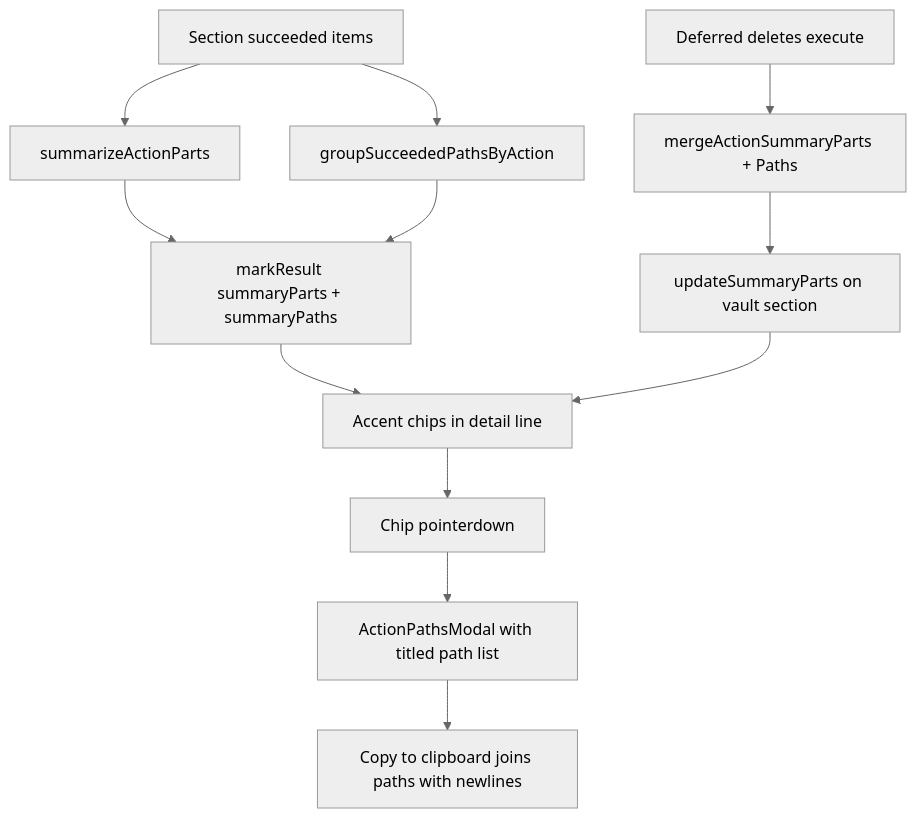
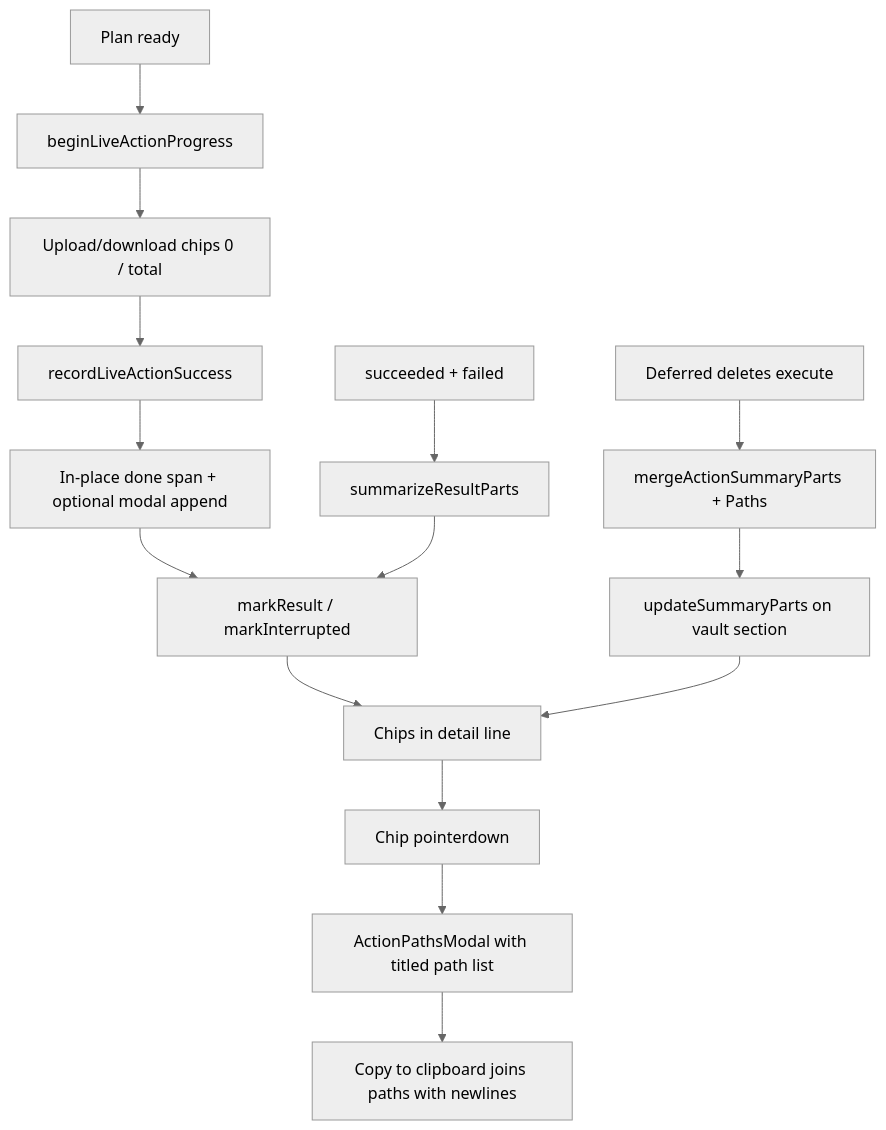
One commit to daledesilva/obsidian-dropbox-sync changed the fourth of 4 diagrams in docs/manual-sync-section-progress.md. Above: the diagram before and after it, drawn with Mermaid (neutral theme). The commit also changed other lines of this file and 20 other files, not shown here.

````diff
--- a/docs/manual-sync-section-progress.md
+++ b/docs/manual-sync-section-progress.md
@@ -77,14 +80,17 @@
 ```mermaid
 flowchart TD
-  Succeeded[Section succeeded items] --> Parts[summarizeActionParts]
-  Succeeded --> Paths[groupSucceededPathsByAction]
-  Parts --> Mark[markResult summaryParts + summaryPaths]
-  Paths --> Mark
+  Plan[Plan ready] --> BeginLive[beginLiveActionProgress]
+  BeginLive --> LiveChips[Upload/download chips 0 / total]
+  LiveChips --> Success[recordLiveActionSuccess]
+  Success --> Tick[In-place done span + optional modal append]
+  Tick --> Mark[markResult / markInterrupted]
+  Result[succeeded + failed] --> Parts[summarizeResultParts]
+  Parts --> Mark
   Deferred[Deferred deletes execute] --> Merge[mergeActionSummaryParts + Paths]
   Merge --> Patch[updateSummaryParts on vault section]
-  Mark --> Chips[Accent chips in detail line]
+  Mark --> Chips[Chips in detail line]
   Patch --> Chips
   Chips --> Click[Chip pointerdown]
   Click --> Modal[ActionPathsModal with titled path list]
   Modal --> Copy[Copy to clipboard joins paths with newlines]
 ```
````
